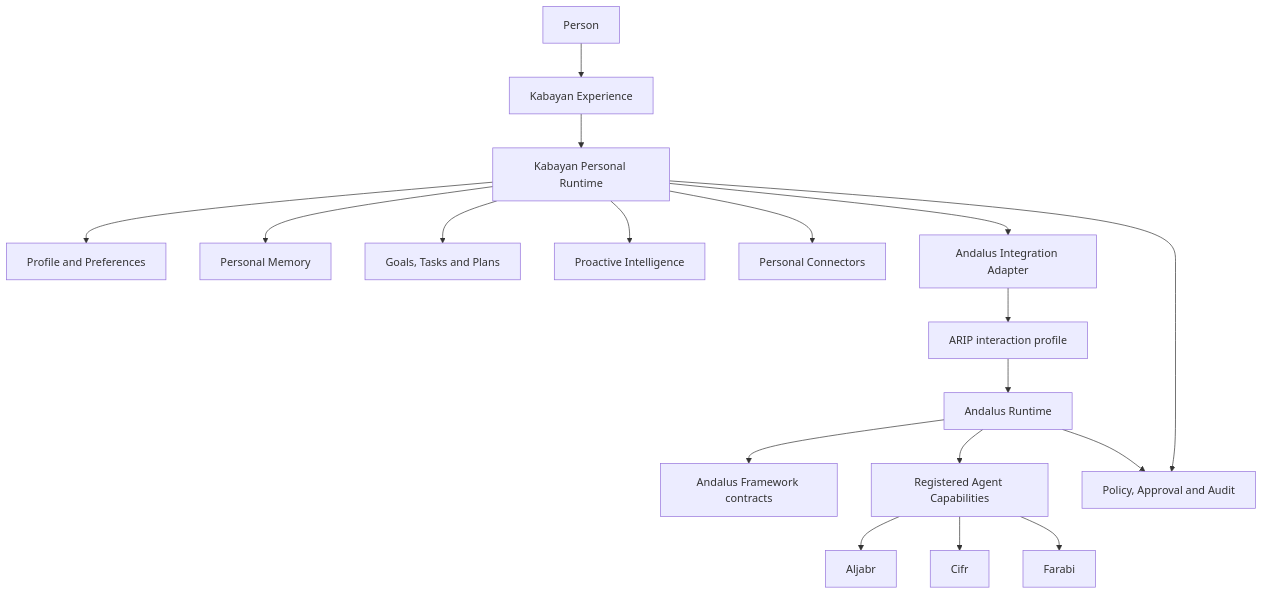
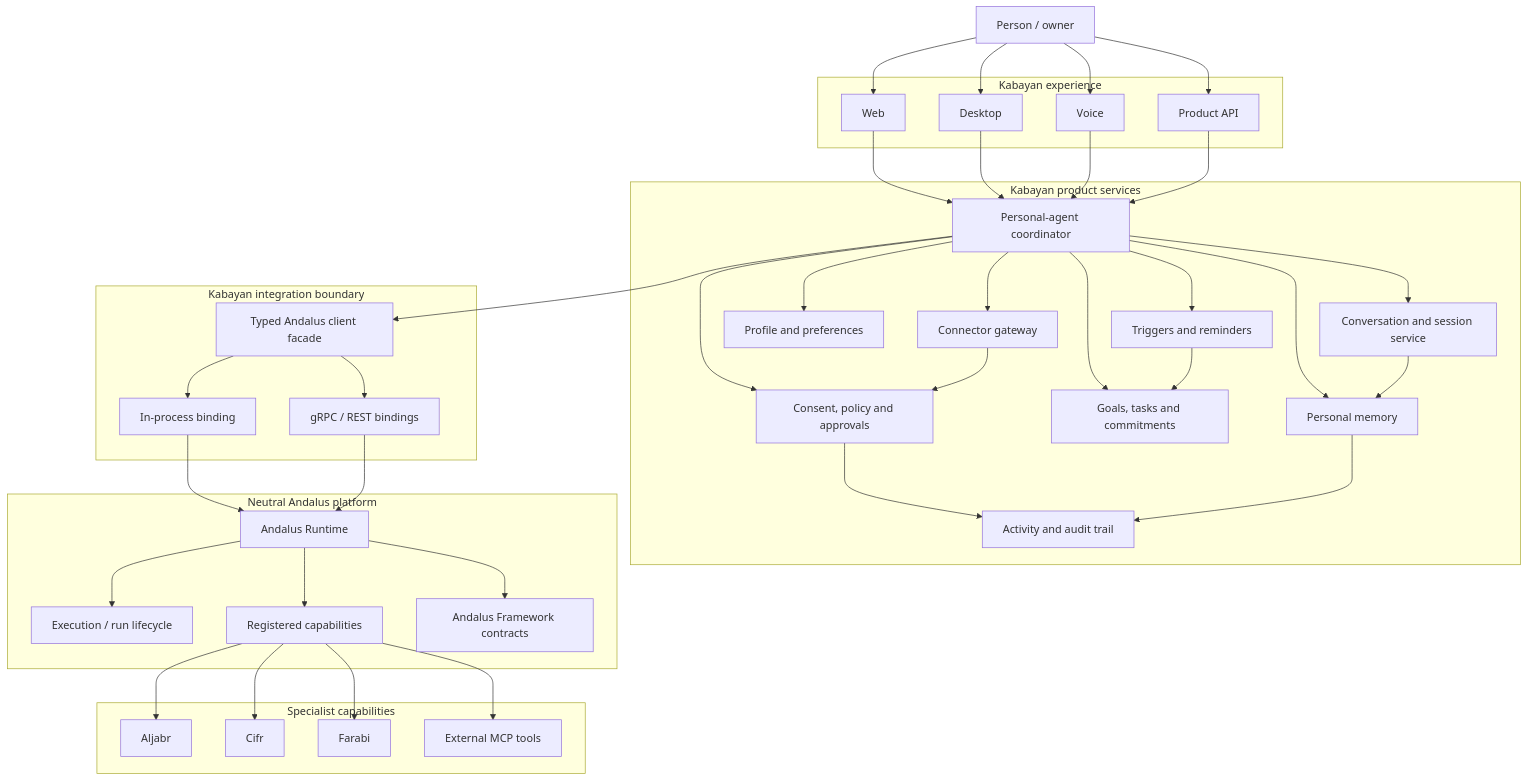
The first of 6 diagrams in docs/architecture/KABAYAN_ARCHITECTURE.md (andalus-ai/kabayan), drawn with Mermaid before and after one commit. The commit also changed other lines of this file, not shown here.

Commit message:
docs: expand Kabayan system architecture and Mermaid flows

````diff
--- a/docs/architecture/KABAYAN_ARCHITECTURE.md
+++ b/docs/architecture/KABAYAN_ARCHITECTURE.md
@@ -27,20 +34,70 @@
 ```mermaid
 flowchart TB
-  U[Person] --> UX[Kabayan Experience]
-  UX --> KRT[Kabayan Personal Runtime]
-  KRT --> PROF[Profile and Preferences]
-  KRT --> MEM[Personal Memory]
-  KRT --> PLAN[Goals, Tasks and Plans]
-  KRT --> PRO[Proactive Intelligence]
-  KRT --> CONN[Personal Connectors]
-  KRT --> ADP[Andalus Integration Adapter]
-  ADP --> ARIP[ARIP interaction profile]
-  ARIP --> AND[Andalus Runtime]
-  AND --> FW[Andalus Framework contracts]
-  AND --> CAP[Registered Agent Capabilities]
-  CAP --> ALJ[Aljabr]
-  CAP --> CIFR[Cifr]
-  CAP --> FAR[Farabi]
-  AND --> AUD[Policy, Approval and Audit]
-  KRT --> AUD
+  PERSON[Person / owner]
+  subgraph UX["Kabayan experience"]
+    WEB[Web] 
+    DESKTOP[Desktop]
+    VOICE[Voice]
+    API[Product API]
+  end
+  subgraph K["Kabayan product services"]
+    COORD[Personal-agent coordinator]
+    SESSION[Conversation and session service]
+    PROFILE[Profile and preferences]
+    MEMORY[Personal memory]
+    PLAN[Goals, tasks and commitments]
+    PROACTIVE[Triggers and reminders]
+    CONNECTOR[Connector gateway]
+    POLICY[Consent, policy and approvals]
+    AUDIT[Activity and audit trail]
+  end
+  subgraph ADAPTER["Kabayan integration boundary"]
+    CLIENT[Typed Andalus client facade]
+    LOCAL[In-process binding]
+    REMOTE[gRPC / REST bindings]
+  end
+  subgraph A["Neutral Andalus platform"]
+    RUNTIME[Andalus Runtime]
+    EXEC[Execution / run lifecycle]
+    CAP[Registered capabilities]
+    FW[Andalus Framework contracts]
+  end
+  subgraph ECOSYSTEM["Specialist capabilities"]
+    ALJ[Aljabr]
+    CIFR[Cifr]
+    FAR[Farabi]
+    MCP[External MCP tools]
+  end
+  PERSON --> WEB
+  PERSON --> DESKTOP
+  PERSON --> VOICE
+  PERSON --> API
+  WEB --> COORD
+  DESKTOP --> COORD
+  VOICE --> COORD
+  API --> COORD
+  COORD --> SESSION
+  COORD --> PROFILE
+  COORD --> MEMORY
+  COORD --> PLAN
+  COORD --> PROACTIVE
+  COORD --> CONNECTOR
+  COORD --> POLICY
+  COORD --> CLIENT
+  SESSION --> MEMORY
+  PROACTIVE --> PLAN
+  CONNECTOR --> POLICY
+  POLICY --> AUDIT
+  MEMORY --> AUDIT
+  CLIENT --> LOCAL
+  CLIENT --> REMOTE
+  LOCAL --> RUNTIME
+  REMOTE --> RUNTIME
+  RUNTIME --> EXEC
+  RUNTIME --> CAP
+  RUNTIME --> FW
+  CAP --> ALJ
+  CAP --> CIFR
+  CAP --> FAR
+  CAP --> MCP
 ```
````
